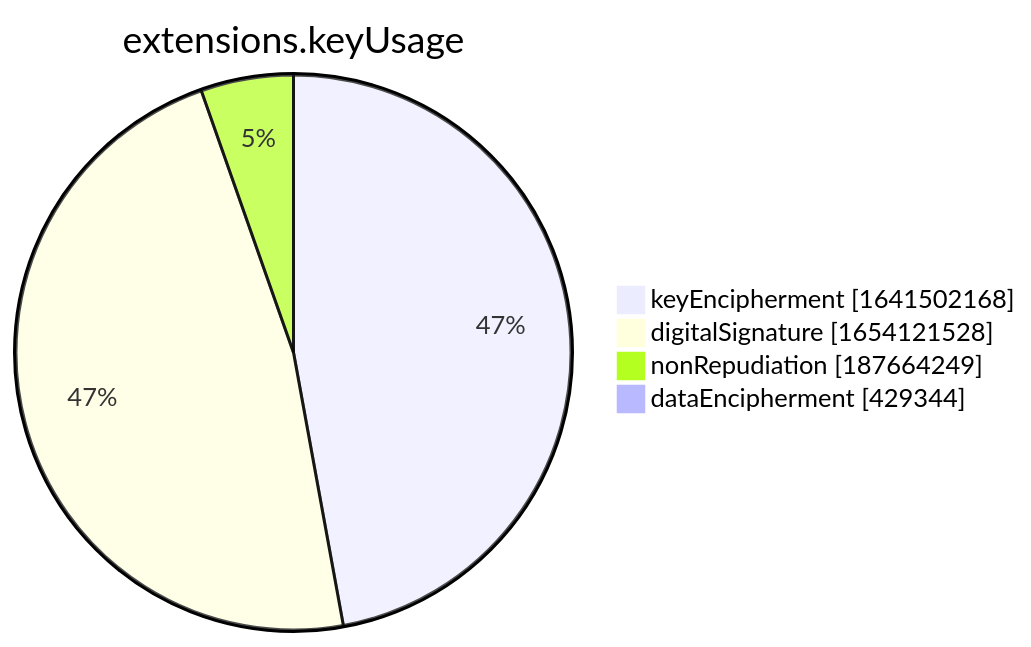
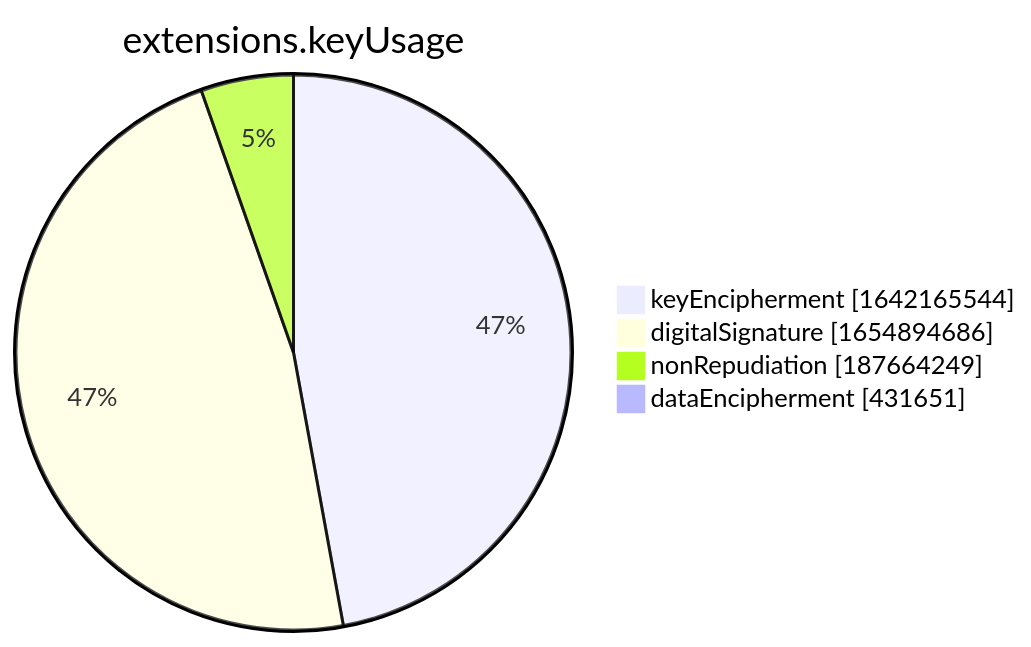
Before and after one commit to christiankrug/ctmonitor_visualization: the seventh of 15 diagrams in xenon2022/README.md, drawn with Mermaid. The commit also changed other lines of this file, not shown here.

````diff
--- a/xenon2022/README.md
+++ b/xenon2022/README.md
@@ -2856,8 +2856,8 @@
 ```mermaid
 pie showData
 title extensions.keyUsage
-"keyEncipherment" :1641502168
-"digitalSignature" :1654121528
+"keyEncipherment" :1642165544
+"digitalSignature" :1654894686
 "nonRepudiation" :187664249
-"dataEncipherment" :429344
+"dataEncipherment" :431651
 ```
````
